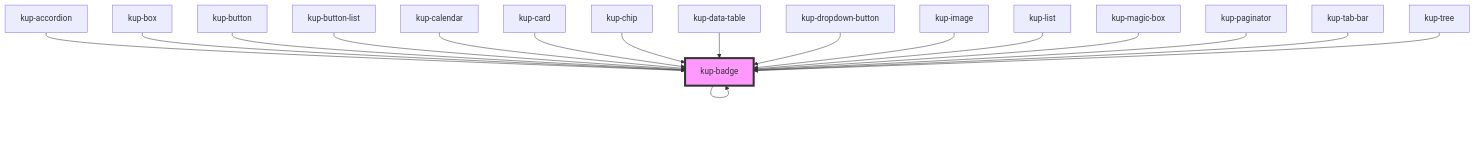
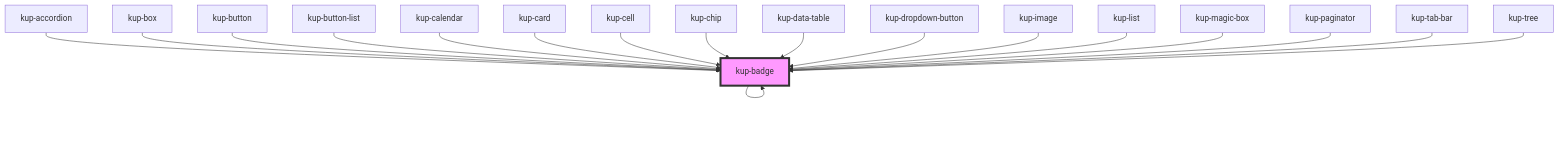
One commit to smeup/ketchup changed the diagram in packages/ketchup/src/components/kup-badge/readme.md. Above: the diagram before and after it, drawn with Mermaid. The commit also changed other lines of this file and 12 other files, not shown here.

````diff
--- a/packages/ketchup/src/components/kup-badge/readme.md
+++ b/packages/ketchup/src/components/kup-badge/readme.md
@@ -94,20 +95,21 @@
 ```mermaid
 graph TD;
   kup-badge --> kup-badge
   kup-accordion --> kup-badge
   kup-box --> kup-badge
   kup-button --> kup-badge
   kup-button-list --> kup-badge
   kup-calendar --> kup-badge
   kup-card --> kup-badge
+  kup-cell --> kup-badge
   kup-chip --> kup-badge
   kup-data-table --> kup-badge
   kup-dropdown-button --> kup-badge
   kup-image --> kup-badge
   kup-list --> kup-badge
   kup-magic-box --> kup-badge
   kup-paginator --> kup-badge
   kup-tab-bar --> kup-badge
   kup-tree --> kup-badge
   style kup-badge fill:#f9f,stroke:#333,stroke-width:4px
 ```
````
